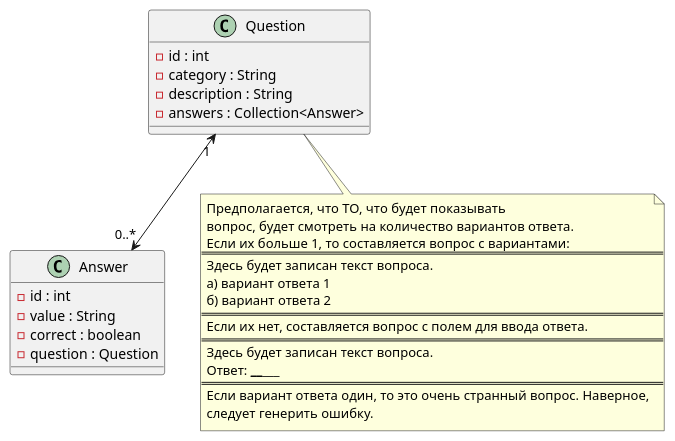
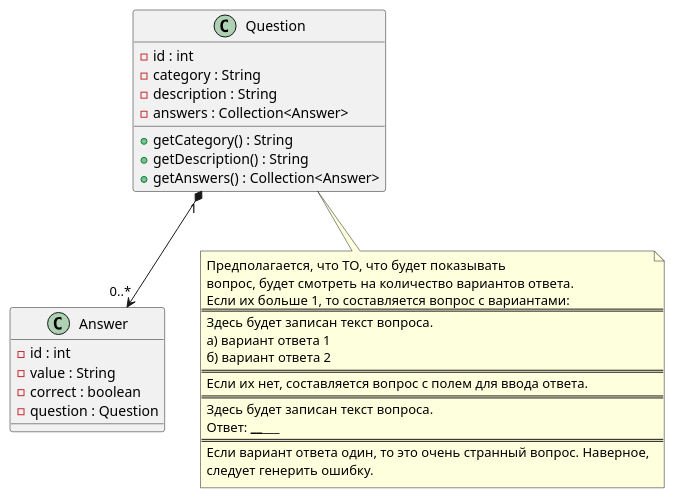
The diagram in diags/classes/questions.puml (earring/testgenerator), drawn with PlantUML before and after one commit. The commit also changed 5 other files, not shown here.

```diff
--- a/diags/classes/questions.puml
+++ b/diags/classes/questions.puml
@@ -1,37 +1,40 @@
 @startuml
 
 class Question {
     - id : int
     - category : String
     - description : String
     - answers : Collection<Answer>
+    + getCategory() : String
+    + getDescription() : String
+    + getAnswers() : Collection<Answer>
 }
 
 class Answer {
         - id : int
         - value : String
         - correct : boolean
         - question : Question
 }
 
-Question "1" <--> "0..*" Answer
+Question "1" *--> "0..*" Answer
 
 note bottom of Question
     Предполагается, что ТО, что будет показывать
     вопрос, будет смотреть на количество вариантов ответа.
     Если их больше 1, то составляется вопрос с вариантами:
     ==
     Здесь будет записан текст вопроса.
     а) вариант ответа 1
     б) вариант ответа 2
     ==
     Если их нет, составляется вопрос с полем для ввода ответа.
     ==
     Здесь будет записан текст вопроса.
     Ответ: _____________
     ==
     Если вариант ответа один, то это очень странный вопрос. Наверное,
     следует генерить ошибку.
 end note
 
 @enduml
```
